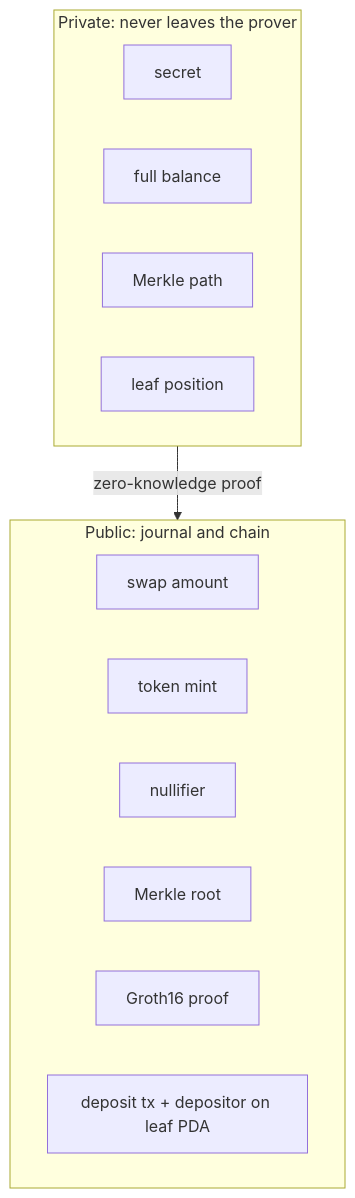
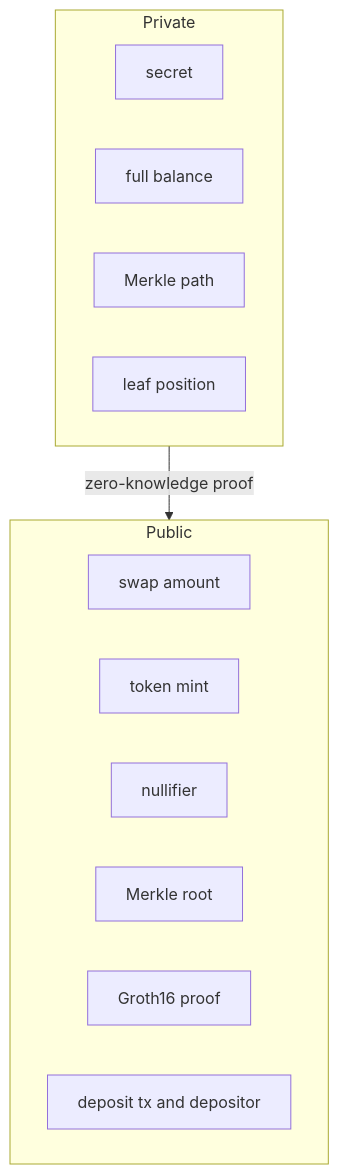
Before and after one commit to pprogrammingg/zk-spot-shield: the seventh of 7 diagrams in docs/architecture.md, drawn with Mermaid. The commit also changed other lines of this file and 6 other files, not shown here.

````diff
--- a/docs/architecture.md
+++ b/docs/architecture.md
@@ -176,18 +180,18 @@
 ```mermaid
 flowchart TB
-    subgraph privateSide [Private: never leaves the prover]
-        Secret[secret]
-        Balance[full balance]
-        Path[Merkle path]
-        Index[leaf position]
-    end
-    subgraph publicSide [Public: journal and chain]
-        Amount[swap amount]
-        Mint[token mint]
-        Nullifier[nullifier]
-        Root[Merkle root]
-        Proof[Groth16 proof]
-        DepositLink[deposit tx + depositor on leaf PDA]
-    end
-    privateSide -->|"zero-knowledge proof"| publicSide
+  subgraph privateSide [Private]
+    Secret[secret]
+    Balance[full balance]
+    Path[Merkle path]
+    Index[leaf position]
+  end
+  subgraph publicSide [Public]
+    Amount[swap amount]
+    Mint[token mint]
+    Nullifier[nullifier]
+    Root[Merkle root]
+    Proof[Groth16 proof]
+    DepositLink[deposit tx and depositor]
+  end
+  privateSide -->|zero-knowledge proof| publicSide
 ```
````
